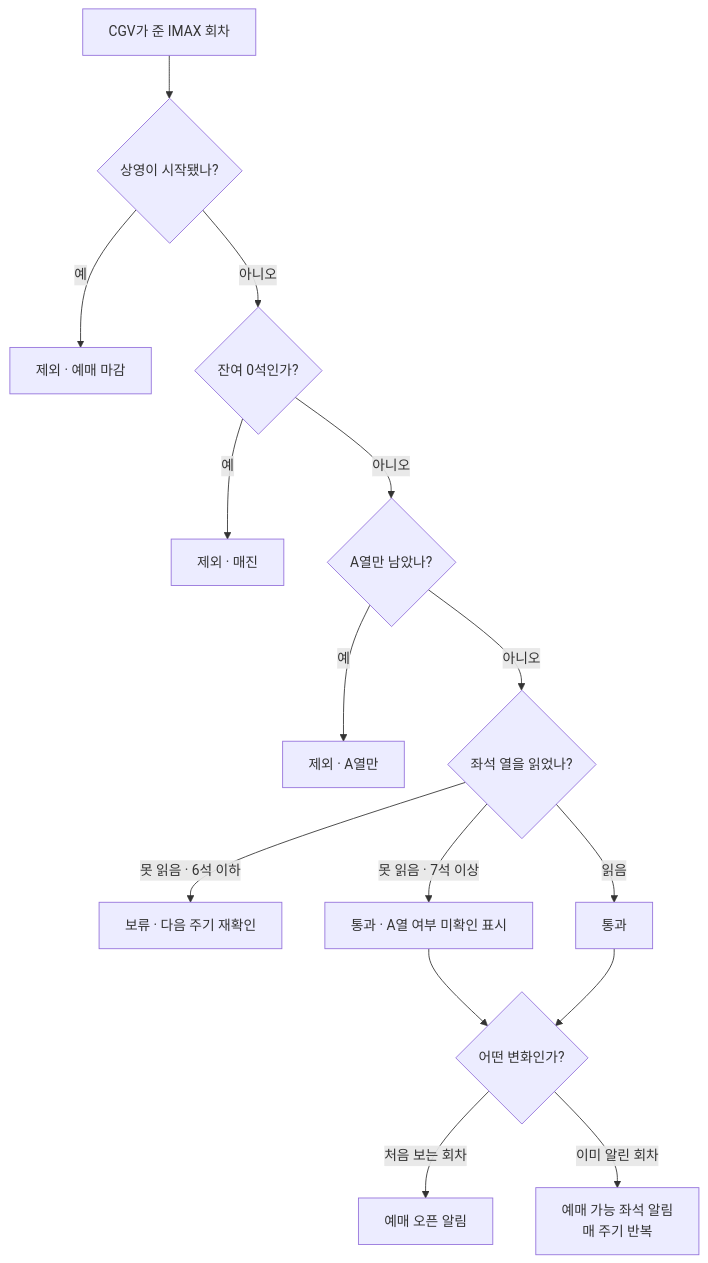
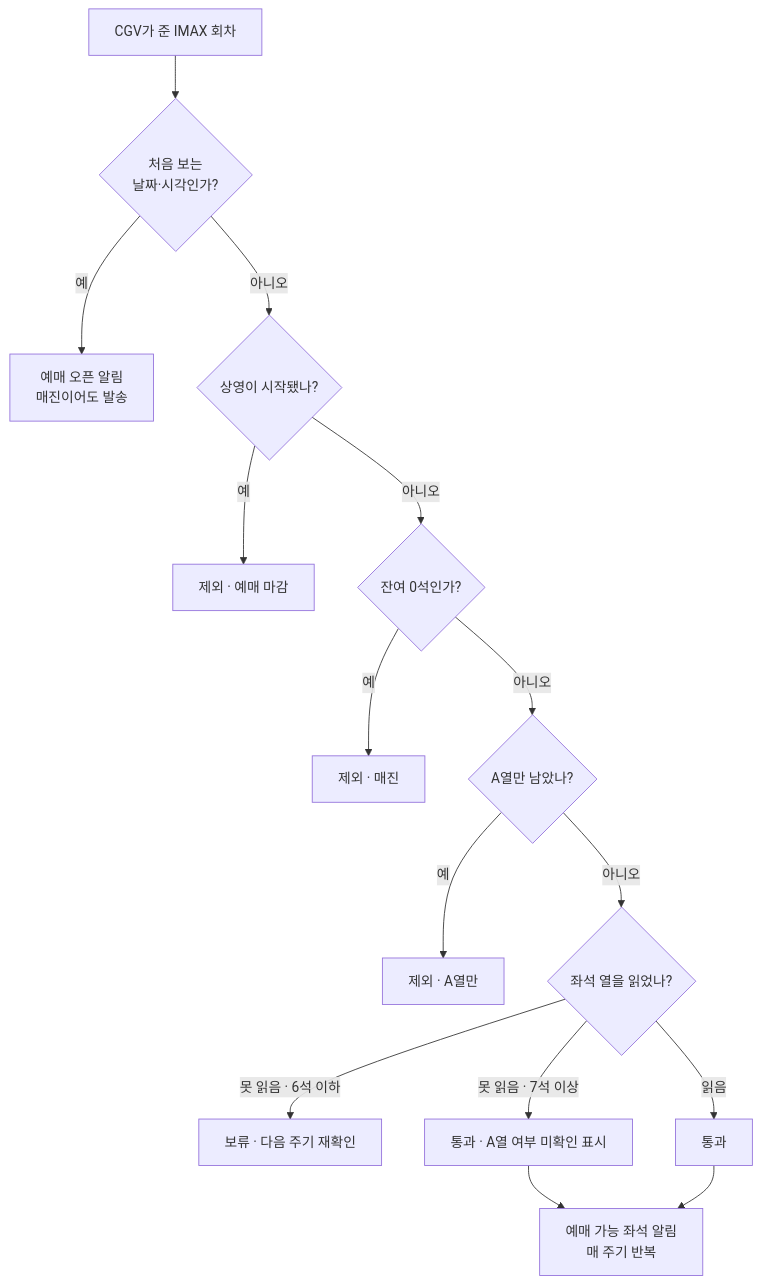
One commit to yuemyname/yongam-bot changed the third of 5 diagrams in docs/alert-flow.md. Above: the diagram before and after it, drawn with Mermaid. The commit also changed other lines of this file and 3 other files, not shown here.

````diff
--- a/docs/alert-flow.md
+++ b/docs/alert-flow.md
@@ -53,17 +53,17 @@
 ```mermaid
 flowchart TD
-    S[CGV가 준 IMAX 회차] --> G1{상영이 시작됐나?}
+    S[CGV가 준 IMAX 회차] --> G0{처음 보는<br/>날짜·시각인가?}
+    G0 -->|예| A1[예매 오픈 알림<br/>매진이어도 발송]
+    G0 -->|아니오| G1{상영이 시작됐나?}
     G1 -->|예| X1[제외 · 예매 마감]
     G1 -->|아니오| G2{잔여 0석인가?}
     G2 -->|예| X2[제외 · 매진]
     G2 -->|아니오| G4{A열만 남았나?}
     G4 -->|예| X4[제외 · A열만]
     G4 -->|아니오| G5{좌석 열을 읽었나?}
     G5 -->|못 읽음 · 6석 이하| H1[보류 · 다음 주기 재확인]
     G5 -->|못 읽음 · 7석 이상| P1[통과 · A열 여부 미확인 표시]
     G5 -->|읽음| P2[통과]
-    P1 --> R{어떤 변화인가?}
-    P2 --> R
-    R -->|처음 보는 회차| A1[예매 오픈 알림]
-    R -->|이미 알린 회차| A2[예매 가능 좌석 알림<br/>매 주기 반복]
+    P1 --> A2[예매 가능 좌석 알림<br/>매 주기 반복]
+    P2 --> A2
 ```
````
